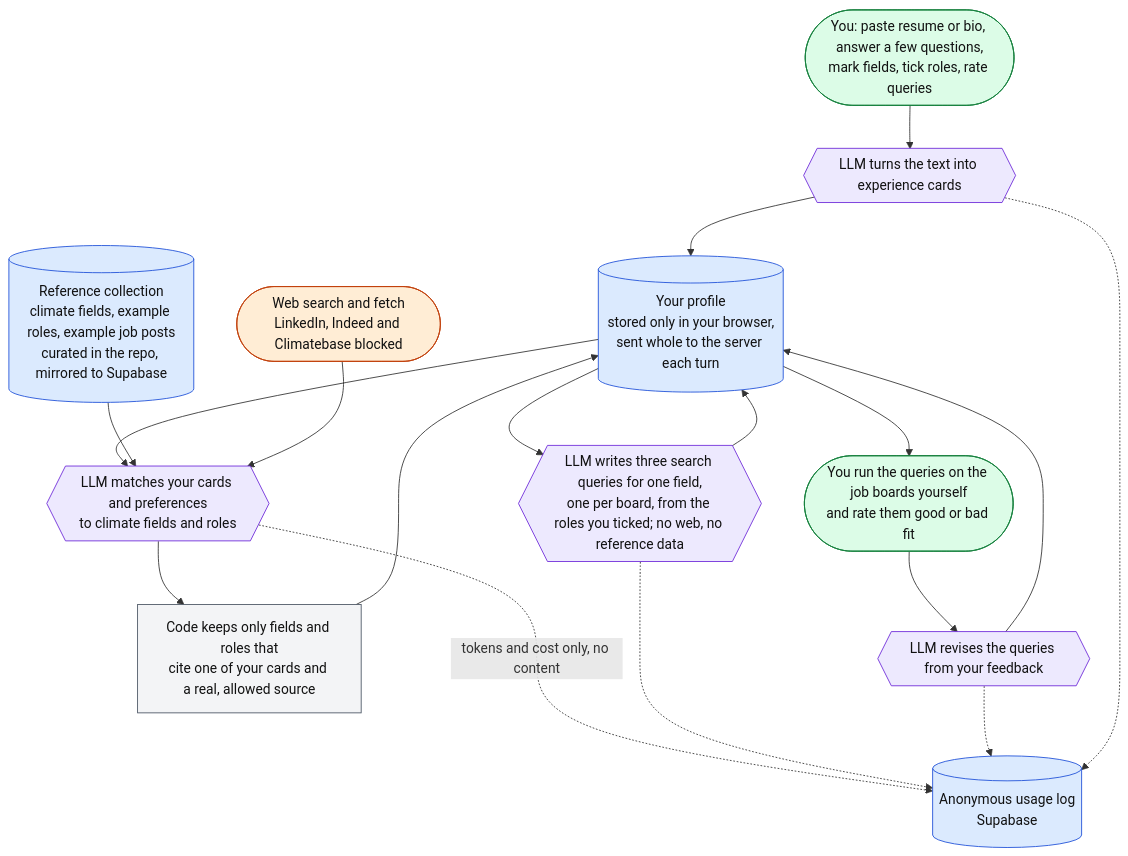
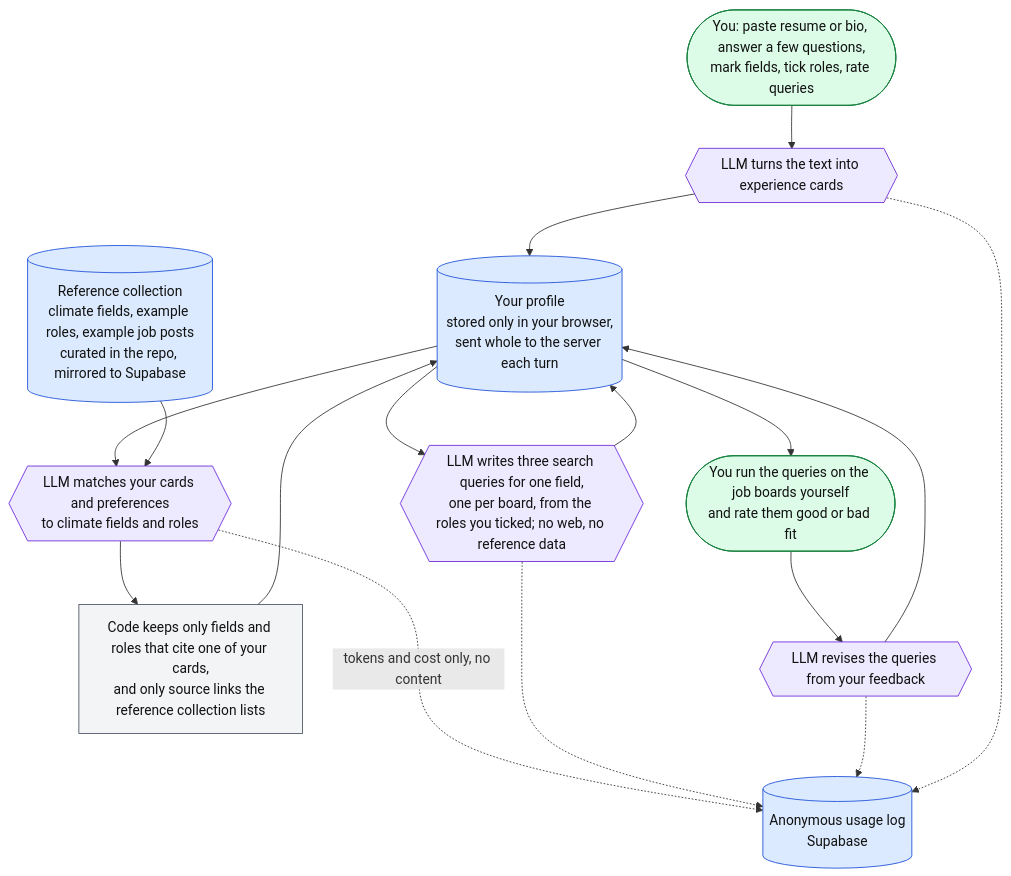
The diagram in docs/data-flow.md (sibolu/climate-job-search), drawn with Mermaid before and after one commit. The commit also changed other lines of this file and 11 other files, not shown here.

````diff
--- a/docs/data-flow.md
+++ b/docs/data-flow.md
@@ -8,30 +8,28 @@
 ```mermaid
 flowchart TD
   YOU(["You: paste resume or bio, answer a few questions,<br/>mark fields, tick roles, rate queries"]):::person
 
   YOU --> CARDS{{"LLM turns the text into experience cards"}}:::llm
   CARDS --> PROFILE[("Your profile<br/>stored only in your browser,<br/>sent whole to the server each turn")]:::store
 
   PROFILE --> DISCOVER{{"LLM matches your cards and preferences<br/>to climate fields and roles"}}:::llm
   REF[("Reference collection<br/>climate fields, example roles, example job posts<br/>curated in the repo, mirrored to Supabase")]:::store --> DISCOVER
-  WEB(["Web search and fetch<br/>LinkedIn, Indeed and Climatebase blocked"]):::web --> DISCOVER
-  DISCOVER --> CHECK["Code keeps only fields and roles that<br/>cite one of your cards and a real, allowed source"]:::code
+  DISCOVER --> CHECK["Code keeps only fields and roles that cite one of your cards,<br/>and only source links the reference collection lists"]:::code
   CHECK --> PROFILE
 
   PROFILE --> QUERIES{{"LLM writes three search queries for one field,<br/>one per board, from the roles you ticked; no web, no reference data"}}:::llm
   QUERIES --> PROFILE
   PROFILE --> BOARDS(["You run the queries on the job boards yourself<br/>and rate them good or bad fit"]):::person
   BOARDS --> REVISE{{"LLM revises the queries from your feedback"}}:::llm
   REVISE --> PROFILE
 
   DISCOVER -. "tokens and cost only, no content" .-> USAGE[("Anonymous usage log<br/>Supabase")]:::store
   QUERIES -.-> USAGE
   REVISE -.-> USAGE
   CARDS -.-> USAGE
 
   classDef person fill:#dcfce7,stroke:#15803d,color:#111
   classDef store fill:#dbeafe,stroke:#1d4ed8,color:#111
   classDef llm fill:#ede9fe,stroke:#6d28d9,color:#111
-  classDef web fill:#ffedd5,stroke:#c2410c,color:#111
   classDef code fill:#f3f4f6,stroke:#4b5563,color:#111
 ```
````
